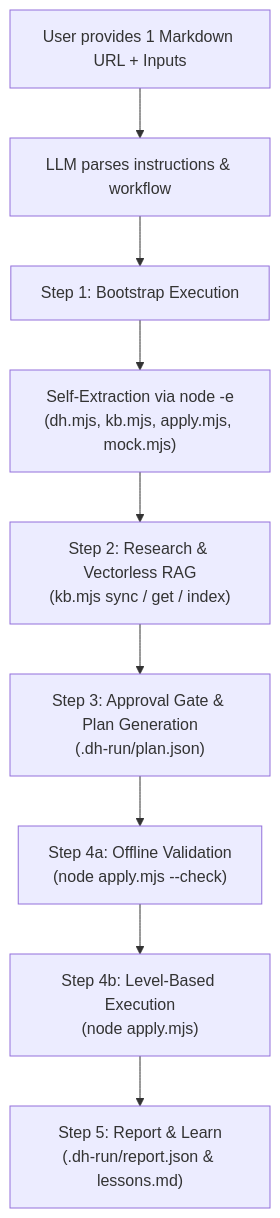
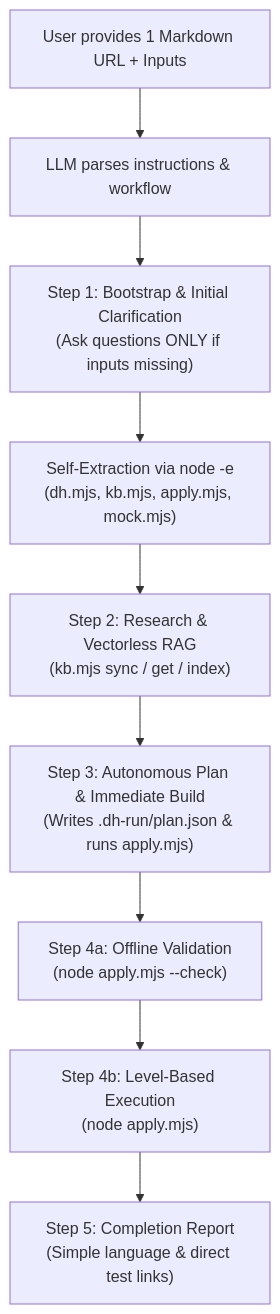
The diagram in skills/skill-architecture.md (RoystonSanctis/dh-planner-viasocket), drawn with Mermaid before and after one commit. The commit also changed other lines of this file and 3 other files, not shown here.

Commit message:
feat(skills): autonomous execution, zero mid-process pauses, no technical jargon

````diff
--- a/skills/skill-architecture.md
+++ b/skills/skill-architecture.md
@@ -98,11 +98,11 @@
 ```mermaid
 flowchart TD
     User["User provides 1 Markdown URL + Inputs"] --> LLM["LLM parses instructions & workflow"]
-    LLM --> Step1["Step 1: Bootstrap Execution"]
+    LLM --> Step1["Step 1: Bootstrap & Initial Clarification\n(Ask questions ONLY if inputs missing)"]
     Step1 --> Extract["Self-Extraction via node -e\n(dh.mjs, kb.mjs, apply.mjs, mock.mjs)"]
     Extract --> Step2["Step 2: Research & Vectorless RAG\n(kb.mjs sync / get / index)"]
-    Step2 --> Step3["Step 3: Approval Gate & Plan Generation\n(.dh-run/plan.json)"]
+    Step2 --> Step3["Step 3: Autonomous Plan & Immediate Build\n(Writes .dh-run/plan.json & runs apply.mjs)"]
     Step3 --> Step4Check["Step 4a: Offline Validation\n(node apply.mjs --check)"]
     Step4Check --> Step4Apply["Step 4b: Level-Based Execution\n(node apply.mjs)"]
-    Step4Apply --> Step5["Step 5: Report & Learn\n(.dh-run/report.json & lessons.md)"]
+    Step4Apply --> Step5["Step 5: Completion Report\n(Simple language & direct test links)"]
 ```
````
